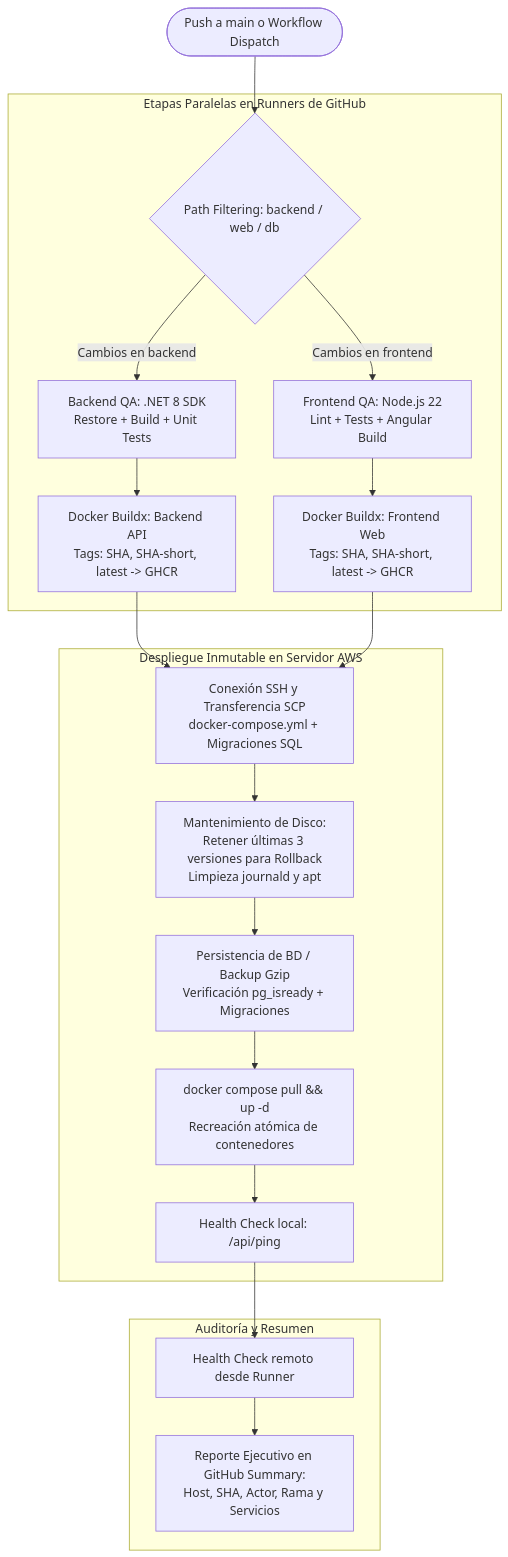
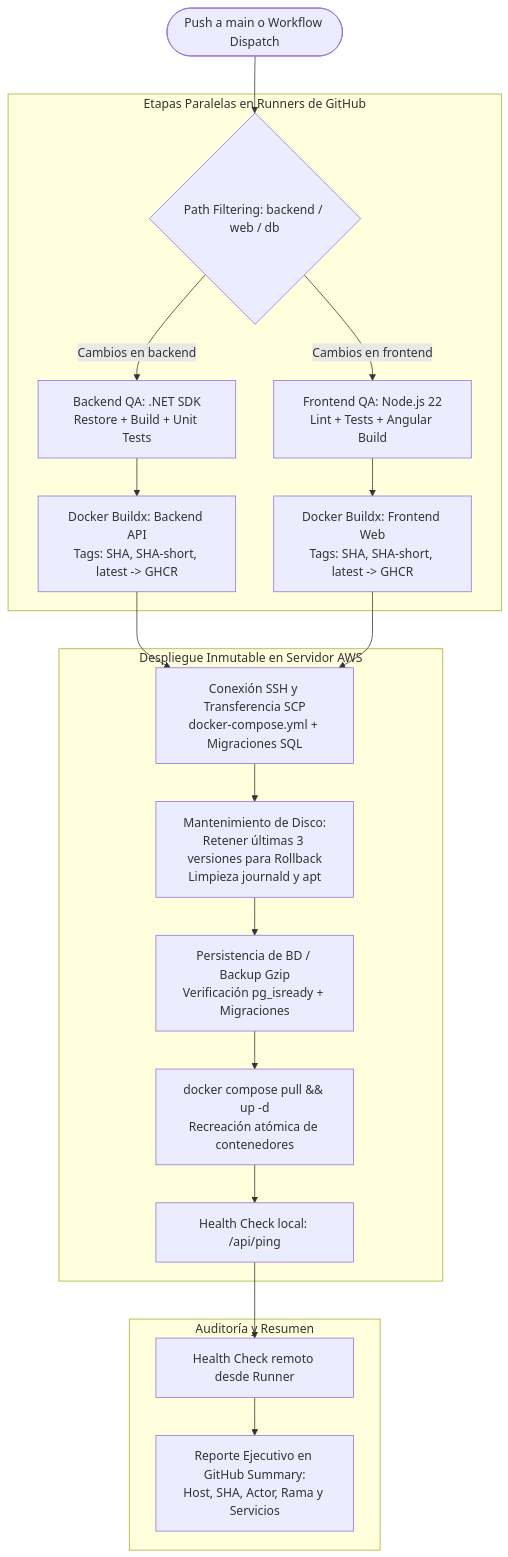
Before and after one commit to bryancito1090/istpetdev-hackathon-2026: the diagram in 03 Arquitectura/CI-CD y automatizacion de despliegue.md, drawn with Mermaid. The commit also changed other lines of this file and 71 other files, not shown here.

````diff
--- a/03 Arquitectura/CI-CD y automatizacion de despliegue.md
+++ b/03 Arquitectura/CI-CD y automatizacion de despliegue.md
@@ -14,28 +17,28 @@
 ```mermaid
 flowchart TD
   Trigger([Push a main o Workflow Dispatch]) --> Filter
   
   subgraph DAG_Build [Etapas Paralelas en Runners de GitHub]
     Filter{Path Filtering: backend / web / db}
-    Filter -->|Cambios en backend| TestBE[Backend QA: .NET 8 SDK<br>Restore + Build + Unit Tests]
+    Filter -->|Cambios en backend| TestBE[Backend QA: .NET SDK<br>Restore + Build + Unit Tests]
     Filter -->|Cambios en frontend| TestFE[Frontend QA: Node.js 22<br>Lint + Tests + Angular Build]
     
     TestBE --> BuildBE[Docker Buildx: Backend API<br>Tags: SHA, SHA-short, latest -> GHCR]
     TestFE --> BuildFE[Docker Buildx: Frontend Web<br>Tags: SHA, SHA-short, latest -> GHCR]
   end
 
   subgraph Deploy_Host [Despliegue Inmutable en Servidor AWS]
     BuildBE --> DeploySSH[Conexión SSH y Transferencia SCP<br>docker-compose.yml + Migraciones SQL]
     BuildFE --> DeploySSH
     
     DeploySSH --> DiskPrune[Mantenimiento de Disco:<br>Retener últimas 3 versiones para Rollback<br>Limpieza journald y apt]
     DiskPrune --> DBPreserve[Persistencia de BD / Backup Gzip<br>Verificación pg_isready + Migraciones]
     DBPreserve --> PullUp[docker compose pull && up -d<br>Recreación atómica de contenedores]
     PullUp --> HealthLocal[Health Check local: /api/ping]
   end
 
   subgraph Verification [Auditoría y Resumen]
     HealthLocal --> HealthRemote[Health Check remoto desde Runner]
     HealthRemote --> Summary[Reporte Ejecutivo en GitHub Summary:<br>Host, SHA, Actor, Rama y Servicios]
   end
 ```
````
